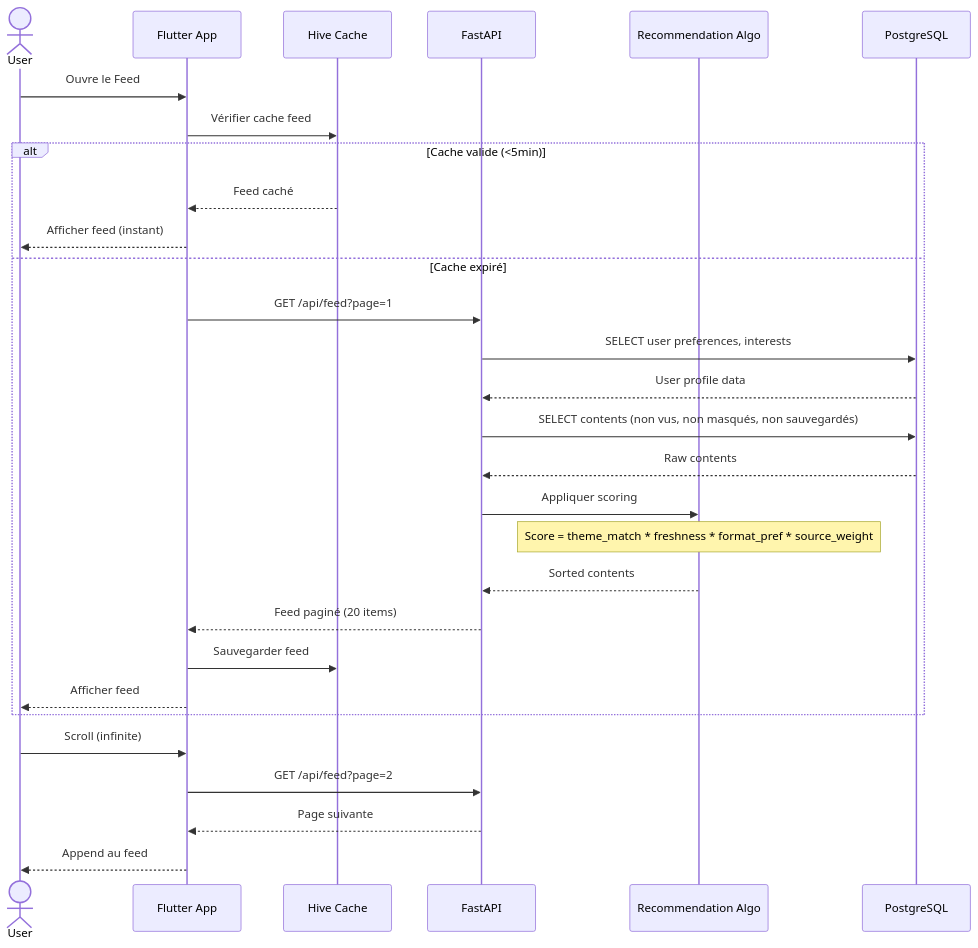
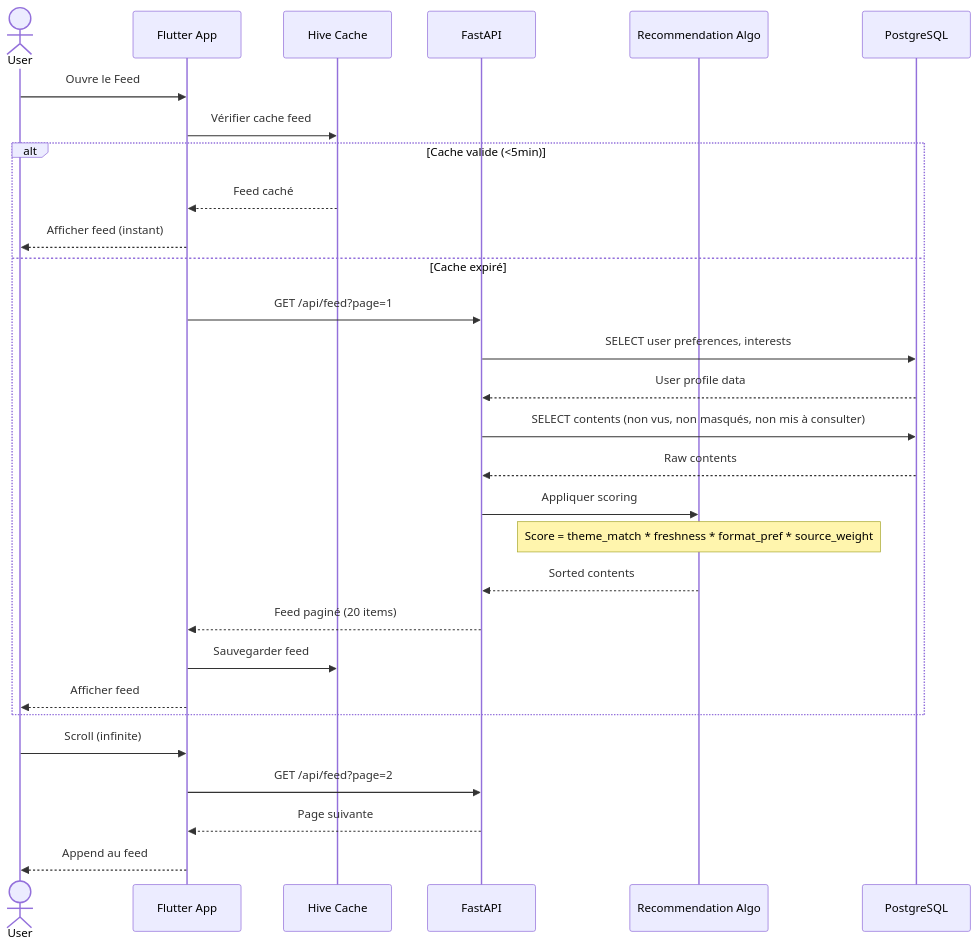
One commit to boujonlaurin-dotcom/facteur changed the fifth of 7 diagrams in docs/architecture.md. Above: the diagram before and after it, drawn with Mermaid. The commit also changed other lines of this file and 82 other files, not shown here.

````diff
--- a/docs/architecture.md
+++ b/docs/architecture.md
@@ -596,38 +596,38 @@
 ```mermaid
 sequenceDiagram
     actor User
     participant App as Flutter App
     participant Cache as Hive Cache
     participant API as FastAPI
     participant Algo as Recommendation Algo
     participant DB as PostgreSQL
 
     User->>App: Ouvre le Feed
     
     App->>Cache: Vérifier cache feed
     
     alt Cache valide (<5min)
         Cache-->>App: Feed caché
         App-->>User: Afficher feed (instant)
     else Cache expiré
         App->>API: GET /api/feed?page=1
         API->>DB: SELECT user preferences, interests
         DB-->>API: User profile data
         
-        API->>DB: SELECT contents (non vus, non masqués, non sauvegardés)
+        API->>DB: SELECT contents (non vus, non masqués, non mis à consulter)
         DB-->>API: Raw contents
         
         API->>Algo: Appliquer scoring
         Note over Algo: Score = theme_match * freshness * format_pref * source_weight
         Algo-->>API: Sorted contents
         
         API-->>App: Feed paginé (20 items)
         App->>Cache: Sauvegarder feed
         App-->>User: Afficher feed
     end
     
     User->>App: Scroll (infinite)
     App->>API: GET /api/feed?page=2
     API-->>App: Page suivante
     App-->>User: Append au feed
 ```
````
